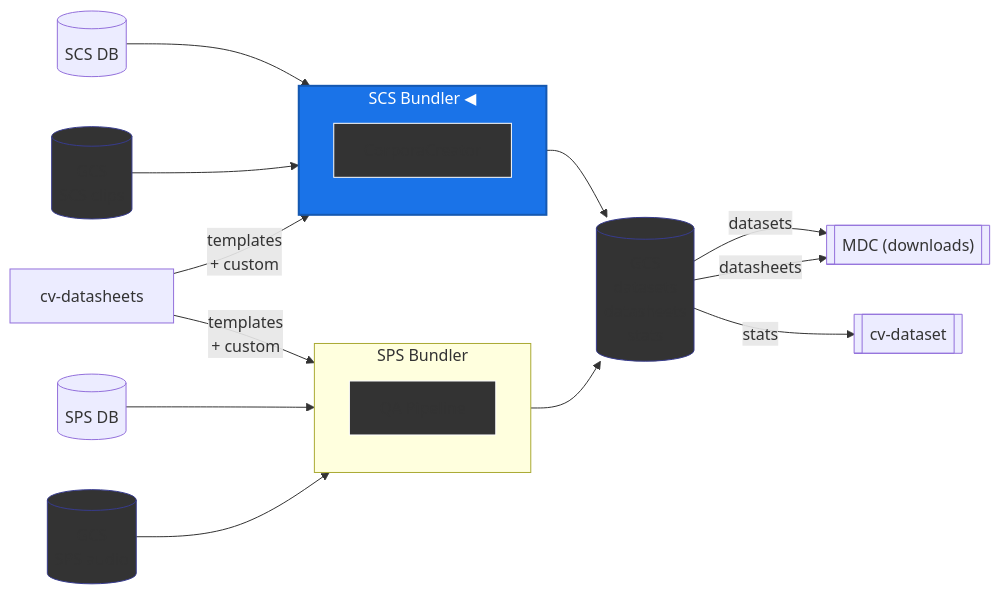
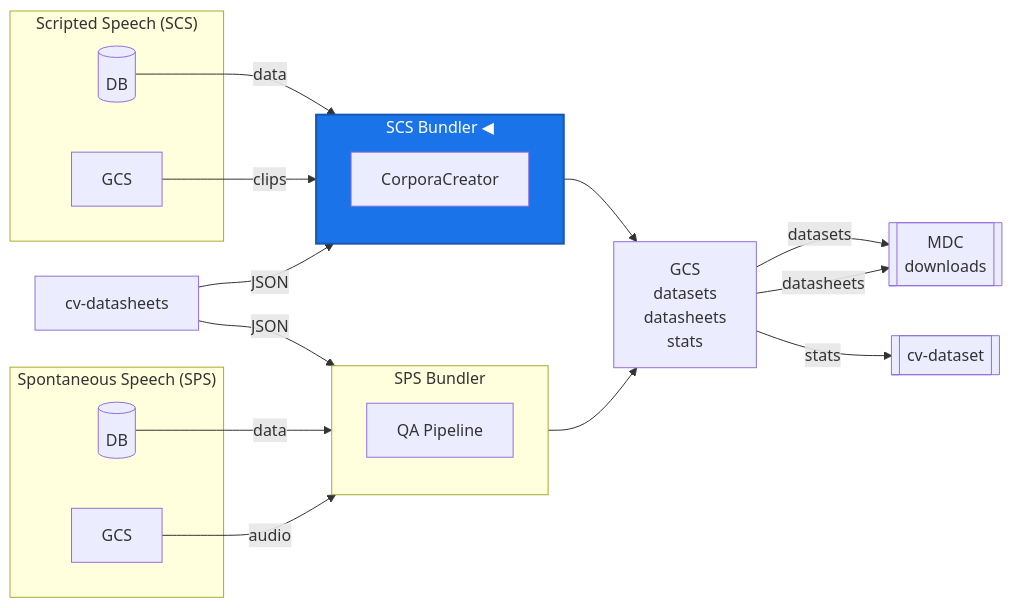
Before and after one commit to common-voice/common-voice: the diagram in bundler/README.md, drawn with Mermaid.

Commit message:
commit: Update data pipeline graph in bundler

````diff
--- a/bundler/README.md
+++ b/bundler/README.md
@@ -9,45 +9,44 @@
 ```mermaid
 flowchart LR
-    SCS_DB[("SCS DB")]
-    SPS_DB[("SPS DB")]
-    GCS_C[("GCS
-    SCS clips")]
-    DS["cv-datasheets"]
-    GCS_A[("GCS
-    SPS audio")]
-    GCS_DS[("GCS
-    datasets
-    datasheets
-    stats")]
-    MDC[["MDC (downloads)"]]
-    CDS[["cv-dataset"]]
 
-    subgraph SCS_B["SCS Bundler ◀"]
+    subgraph SCS["Scripted Speech (SCS)"]
+        SCS_DB[("DB")]
+        SCS_GCS["GCS"]
+    end
+    subgraph SCS_BUN["SCS Bundler ◀"]
         CC["CorporaCreator"]
     end
 
-    subgraph SPS_B["SPS Bundler"]
+    DSH["cv-datasheets"]
+
+    subgraph SPS["Spontaneous Speech (SPS)"]
+        SPS_DB[("DB")]
+        SPS_GCS["GCS"]
+    end
+    subgraph SPS_BUN["SPS Bundler"]
         QA["QA Pipeline"]
     end
 
-    SCS_DB --> SCS_B
-    GCS_C --> SCS_B
-    DS -->|templates
-    + custom| SCS_B
-    DS -->|templates
-    + custom| SPS_B
-    SPS_DB --> SPS_B
-    GCS_A --> SPS_B
-    SCS_B --> GCS_DS
-    SPS_B --> GCS_DS
-    GCS_DS -->|datasets| MDC
-    GCS_DS -->|datasheets| MDC
-    GCS_DS -->|stats| CDS
+    BUN_GCS["GCS
+    datasets
+    datasheets
+    stats"]
 
-    style SCS_B fill:#1a73e8,color:#ffffff,stroke:#1558b0,stroke-width:2px
-    style GCS_C fill:#333,stroke:#383c8e
-    style GCS_A fill:#333,stroke:#383c8e
-    style GCS_DS fill:#333,stroke:#383c8e
-    style CC fill:#333,stroke:#fefefe,stroke-width:1px
-    style QA fill:#333,stroke:#fefefe,stroke-width:1px
+    MDC[["MDC
+    downloads"]]
+    CDS[["cv-dataset"]]
+
+    SCS_DB -->|data| SCS_BUN
+    SCS_GCS -->|clips| SCS_BUN
+    DSH -->|JSON| SCS_BUN
+    DSH -->|JSON| SPS_BUN
+    SPS_DB -->|data| SPS_BUN
+    SPS_GCS -->|audio| SPS_BUN
+    SCS_BUN --> BUN_GCS
+    SPS_BUN --> BUN_GCS
+    BUN_GCS -->|datasets| MDC
+    BUN_GCS -->|datasheets| MDC
+    BUN_GCS -->|stats| CDS
+
+    style SCS_BUN fill:#1a73e8,color:#ffffff,stroke:#1558b0,stroke-width:2px
 ```
````
